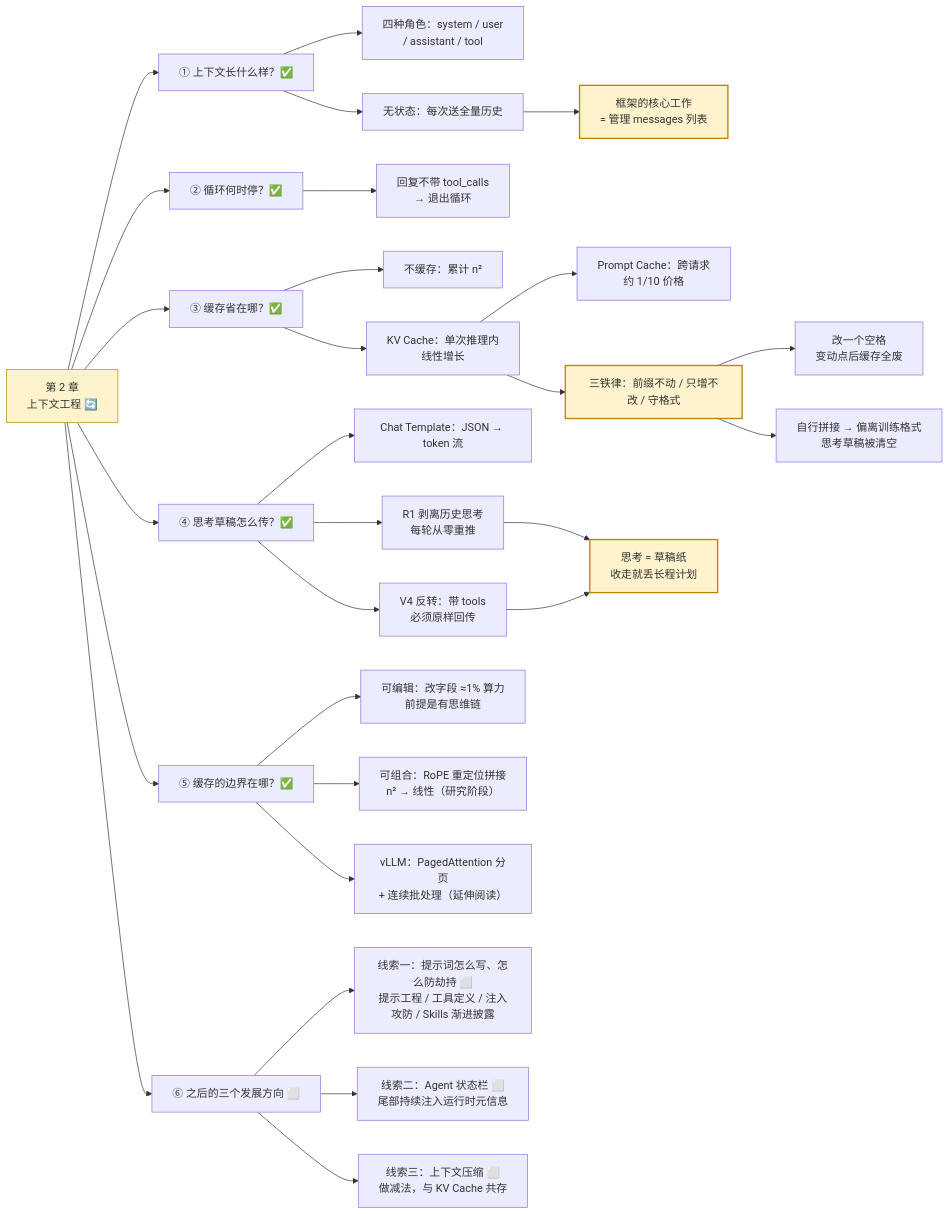
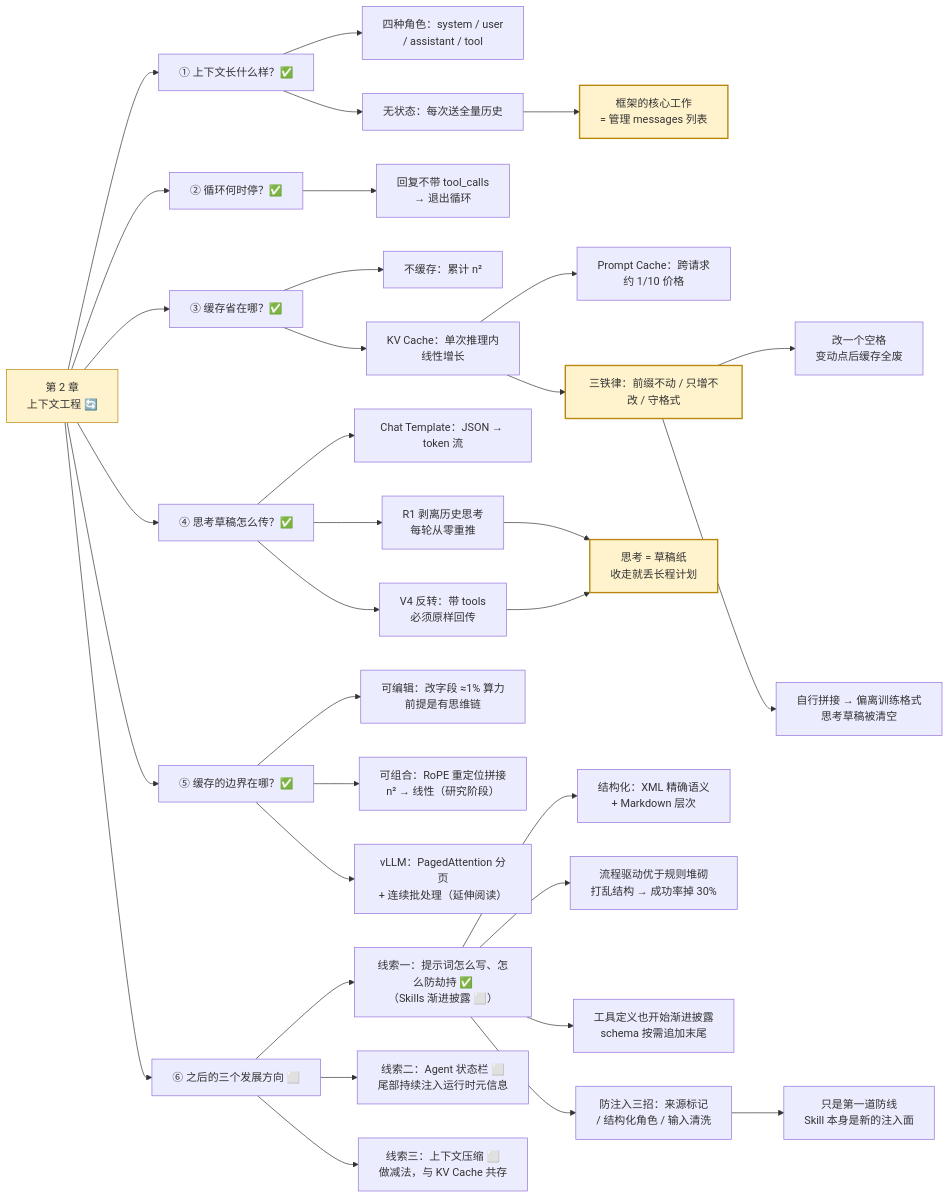
One commit to dongxuanmang/dongxuanmang.github.io changed the third of 3 diagrams in source/agent-book/index.md. Above: the diagram before and after it, drawn with Mermaid. The commit also changed other lines of this file and 2 other files, not shown here.

Commit message:
content: 发布精读第七篇——对人类友好就是对模型友好（提示工程与注入防御）

```diff
--- a/source/agent-book/index.md
+++ b/source/agent-book/index.md
@@ -109,41 +109,46 @@
 {% mermaid %}
 graph LR
     CH2["第 2 章<br/>上下文工程 🔄"] --> Q1["① 上下文长什么样？✅"]
     CH2 --> Q2["② 循环何时停？✅"]
     CH2 --> Q3["③ 缓存省在哪？✅"]
     CH2 --> Q4["④ 思考草稿怎么传？✅"]
     CH2 --> Q5["⑤ 缓存的边界在哪？✅"]
     CH2 --> Q6["⑥ 之后的三个发展方向 ⬜"]
 
     Q1 --> A1["四种角色：system / user<br/>/ assistant / tool"]
     Q1 --> A2["无状态：每次送全量历史"]
     A2 --> A3["框架的核心工作<br/>= 管理 messages 列表"]
 
     Q2 --> B1["回复不带 tool_calls<br/>→ 退出循环"]
 
     Q3 --> C1["不缓存：累计 n²"]
     Q3 --> C2["KV Cache：单次推理内<br/>线性增长"]
     C2 --> C21["Prompt Cache：跨请求<br/>约 1/10 价格"]
     C2 --> C22["三铁律：前缀不动 / 只增不改 / 守格式"]
     C22 --> C23["改一个空格<br/>变动点后缓存全废"]
     C22 --> C24["自行拼接 → 偏离训练格式<br/>思考草稿被清空"]
 
     Q4 --> D1["Chat Template：JSON → token 流"]
     Q4 --> D2["R1 剥离历史思考<br/>每轮从零重推"]
     Q4 --> D3["V4 反转：带 tools<br/>必须原样回传"]
     D2 --> D4["思考 = 草稿纸<br/>收走就丢长程计划"]
     D3 --> D4
 
     Q5 --> E1["可编辑：改字段 ≈1% 算力<br/>前提是有思维链"]
     Q5 --> E2["可组合：RoPE 重定位拼接<br/>n² → 线性（研究阶段）"]
     Q5 --> E3["vLLM：PagedAttention 分页<br/>+ 连续批处理（延伸阅读）"]
 
-    Q6 --> F1["线索一：提示词怎么写、怎么防劫持 ⬜<br/>提示工程 / 工具定义 / 注入攻防 / Skills 渐进披露"]
+    Q6 --> F1["线索一：提示词怎么写、怎么防劫持 ✅<br/>（Skills 渐进披露 ⬜）"]
+    F1 --> F11["结构化：XML 精确语义<br/>+ Markdown 层次"]
+    F1 --> F12["流程驱动优于规则堆砌<br/>打乱结构 → 成功率掉 30%"]
+    F1 --> F13["工具定义也开始渐进披露<br/>schema 按需追加末尾"]
+    F1 --> F14["防注入三招：来源标记<br/>/ 结构化角色 / 输入清洗"]
+    F14 --> F15["只是第一道防线<br/>Skill 本身是新的注入面"]
     Q6 --> F2["线索二：Agent 状态栏 ⬜<br/>尾部持续注入运行时元信息"]
     Q6 --> F3["线索三：上下文压缩 ⬜<br/>做减法，与 KV Cache 共存"]
 
     style CH2 fill:#fff3cd,stroke:#b8860b
     style A3 fill:#fff3cd,stroke:#b8860b,stroke-width:2px
     style C22 fill:#fff3cd,stroke:#b8860b,stroke-width:2px
     style D4 fill:#fff3cd,stroke:#b8860b,stroke-width:2px
 {% endmermaid %}
```
